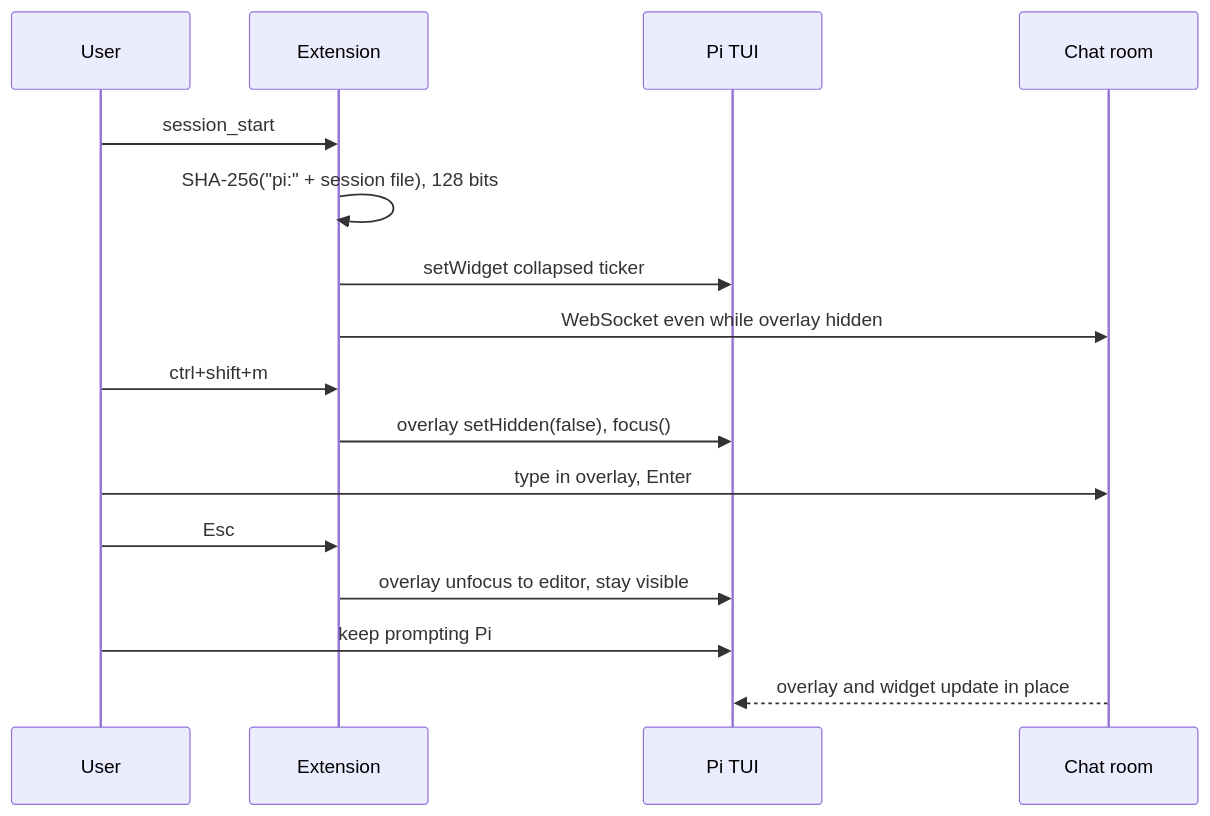
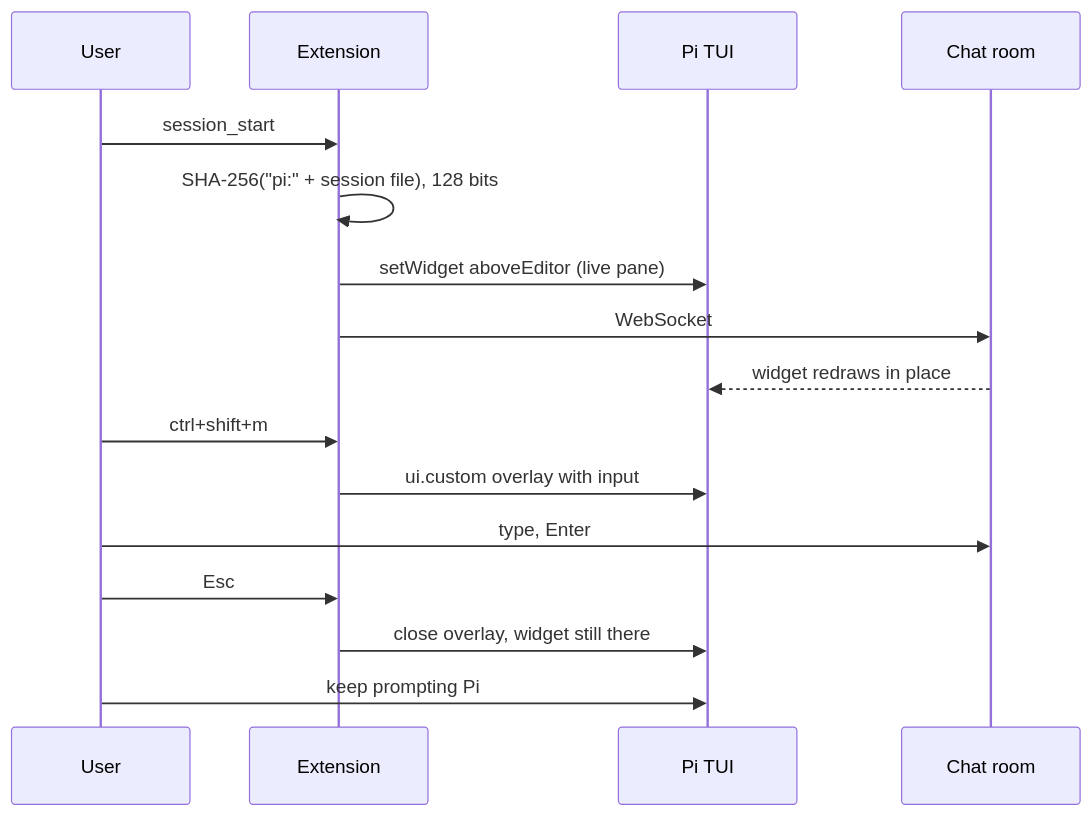
One commit to tanishqkancharla/omeglecode changed the second of 2 diagrams in specs/pi-omeglecode.md. Above: the diagram before and after it, drawn with Mermaid. The commit also changed other lines of this file and 2 other files, not shown here.

First line of the commit message:
Put the Pi hallway above the prompt, like pi-live-terminal

````diff
--- a/specs/pi-omeglecode.md
+++ b/specs/pi-omeglecode.md
@@ -20,18 +22,18 @@
 ```mermaid
 sequenceDiagram
     participant U as User
     participant E as Extension
     participant P as Pi TUI
     participant R as Chat room
     U->>E: session_start
     E->>E: SHA-256("pi:" + session file), 128 bits
-    E->>P: setWidget collapsed ticker
-    E->>R: WebSocket even while overlay hidden
+    E->>P: setWidget aboveEditor (live pane)
+    E->>R: WebSocket
+    R-->>P: widget redraws in place
     U->>E: ctrl+shift+m
-    E->>P: overlay setHidden(false), focus()
-    U->>R: type in overlay, Enter
+    E->>P: ui.custom overlay with input
+    U->>R: type, Enter
     U->>E: Esc
-    E->>P: overlay unfocus to editor, stay visible
+    E->>P: close overlay, widget still there
     U->>P: keep prompting Pi
-    R-->>P: overlay and widget update in place
 ```
````
